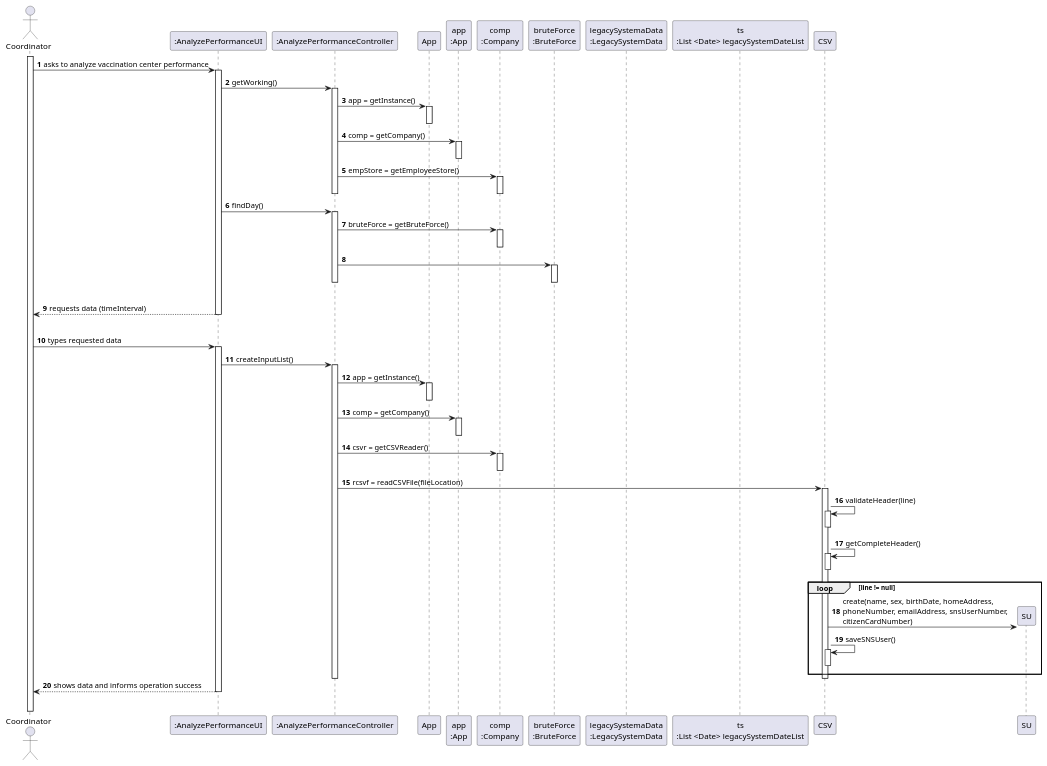
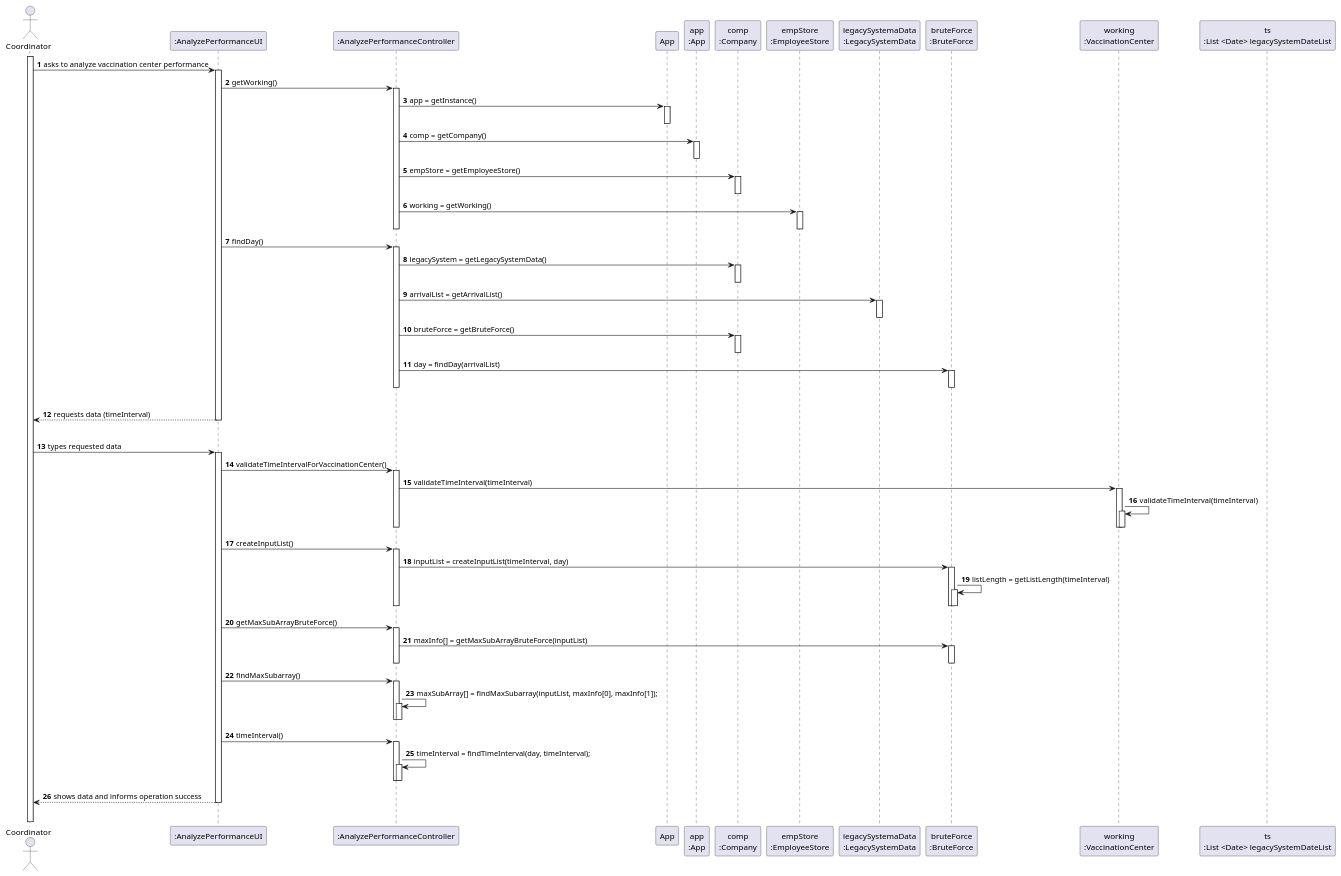
One commit to diogonapoles/isep-lapr2 changed the diagram in docs/SprintD/US16/US16_SD.puml. Above: the diagram before and after it, drawn with PlantUML. The commit also changed 8 other files, not shown here.

```diff
--- a/docs/SprintD/US16/US16_SD.puml
+++ b/docs/SprintD/US16/US16_SD.puml
@@ -1,80 +1,102 @@
 @startuml
 autonumber
 'hide footbox
 actor "Coordinator" as CDN
 
 participant ":AnalyzePerformanceUI" as UI
 participant ":AnalyzePerformanceController" as CTRL
 participant "App" as _APP
 participant "app\n:App" as APP
 participant "comp\n:Company" as COMP
+participant "empStore\n:EmployeeStore" as EMPSTORE
+participant "legacySystemaData\n:LegacySystemData" as LSSTORE
 participant "bruteForce\n:BruteForce" as BF
-participant "legacySystemaData\n:LegacySystemData" as STORE
-participant "empStore\n:EmployeeStore" as STORE
+participant "working\n:VaccinationCenter" as VC
 participant "ts\n:List <Date> legacySystemDateList"
 
 activate CDN
 CDN -> UI : asks to analyze vaccination center performance
 activate UI
 UI -> CTRL : getWorking()
 activate CTRL
 CTRL -> _APP : app = getInstance()
 activate _APP
 deactivate _APP
 CTRL -> APP : comp = getCompany()
 activate APP
 deactivate APP
 CTRL -> COMP : empStore = getEmployeeStore()
 activate COMP
 deactivate COMP
+CTRL -> EMPSTORE : working = getWorking()
+activate EMPSTORE
+deactivate EMPSTORE
 deactivate CTRL
 UI -> CTRL : findDay()
 activate CTRL
+CTRL -> COMP : legacySystem = getLegacySystemData()
+activate COMP
+deactivate COMP
+CTRL -> LSSTORE : arrivalList = getArrivalList()
+activate LSSTORE
+deactivate LSSTORE
 CTRL -> COMP : bruteForce = getBruteForce()
 activate COMP
 deactivate COMP
-CTRL -> BF :
+CTRL -> BF : day = findDay(arrivalList)
 activate BF
 deactivate BF
 deactivate CTRL
 |||
 UI --> CDN : requests data (timeInterval)
 deactivate UI
 |||
 
 CDN -> UI : types requested data
 activate UI
+UI -> CTRL : validateTimeIntervalForVaccinationCenter()
+activate CTRL
+CTRL -> VC : validateTimeInterval(timeInterval)
+activate VC
+VC -> VC : validateTimeInterval(timeInterval)
+activate VC
+deactivate VC
+deactivate VC
+deactivate CTRL
 UI -> CTRL : createInputList()
 activate CTRL
-CTRL -> _APP : app = getInstance()
-activate _APP
-deactivate _APP
-CTRL -> APP : comp = getCompany()
-activate APP
-deactivate APP
-CTRL -> COMP : csvr = getCSVReader()
-activate COMP
-deactivate COMP
-CTRL -> CSV : rcsvf = readCSVFile(fileLocation)
-activate CSV
-CSV -> CSV : validateHeader(line)
-activate CSV
-deactivate CSV
-CSV -> CSV : getCompleteHeader()
-activate CSV
-deactivate CSV
-loop line != null
-    CSV -> SU **: create(name, sex, birthDate, homeAddress,\nphoneNumber, emailAddress, snsUserNumber,\ncitizenCardNumber)
-    CSV -> CSV : saveSNSUser()
-    activate CSV
-    deactivate CSV
+CTRL -> BF : inputList = createInputList(timeInterval, day)
+activate BF
+BF -> BF : listLength = getListLength(timeInterval)
+activate BF
+deactivate BF
+deactivate BF
+deactivate CTRL
 
-end
+UI -> CTRL : getMaxSubArrayBruteForce()
+activate CTRL
+CTRL -> BF : maxInfo[] = getMaxSubArrayBruteForce(inputList)
+activate BF
+deactivate BF
+deactivate CTRL
 
-deactivate CSV
+UI -> CTRL : findMaxSubarray()
+activate CTRL
+CTRL -> CTRL : maxSubArray[] = findMaxSubarray(inputList, maxInfo[0], maxInfo[1]);
+activate CTRL
+deactivate CTRL
+deactivate CTRL
+
+UI -> CTRL : timeInterval()
+activate CTRL
+CTRL -> CTRL : timeInterval = findTimeInterval(day, timeInterval);
+activate CTRL
+deactivate CTRL
 deactivate CTRL
 UI --> CDN : shows data and informs operation success
 deactivate UI
 |||
 
+
+
 @enduml
```
